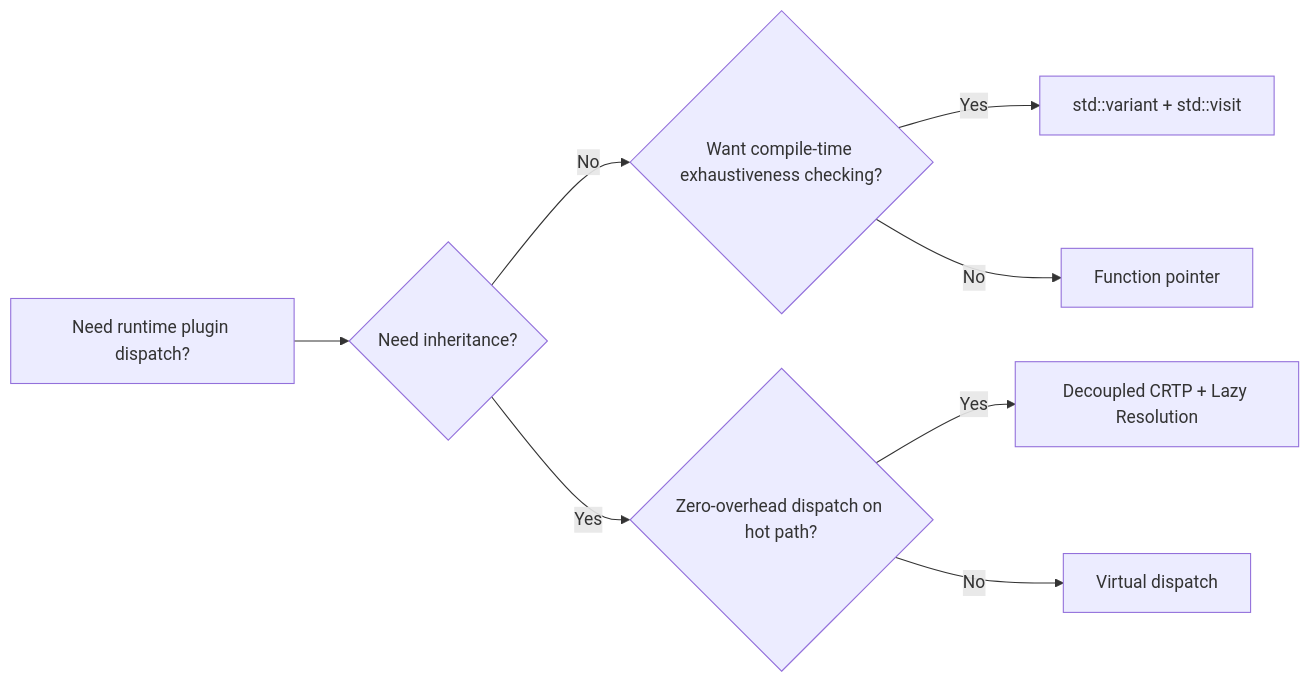
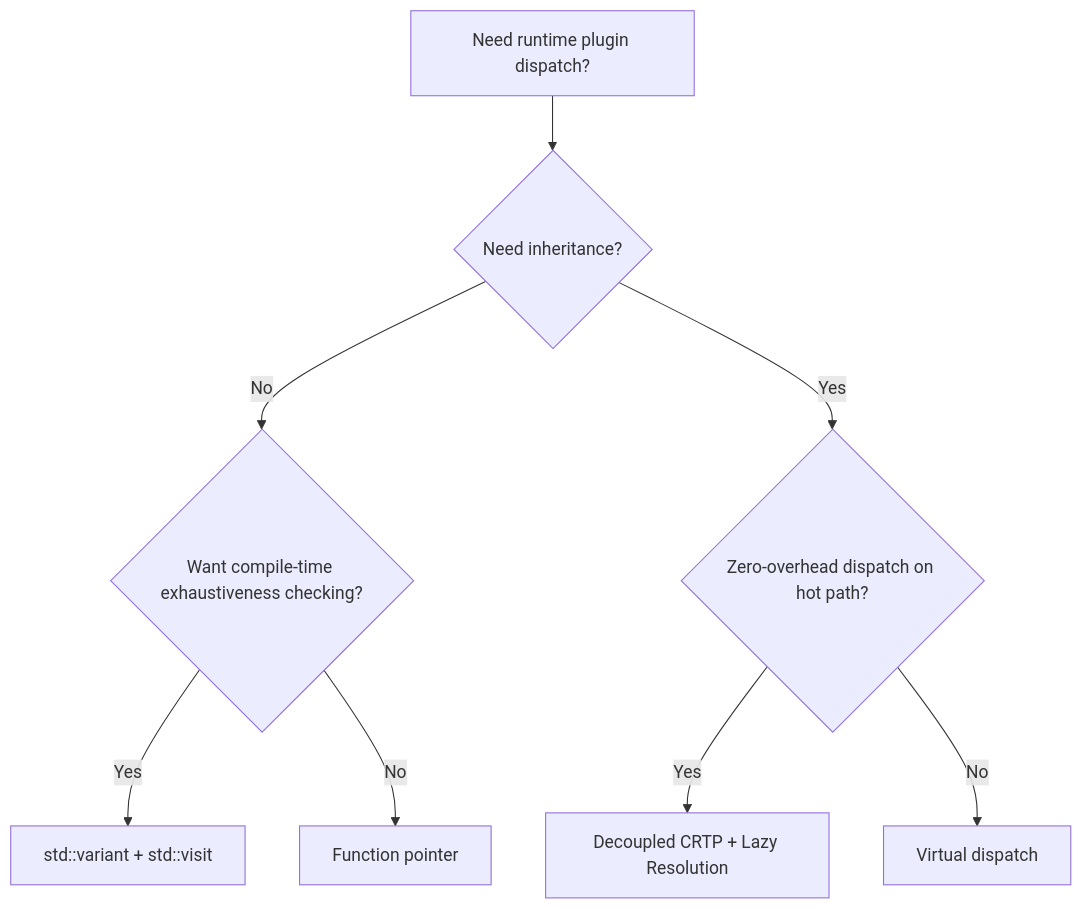
The diagram in _posts/2026-05-07-four-ways-to-dispatch-a-runtime-selected-strategy-in-cpp.md (Shubhankar-Gambhir/Shubhankar-Gambhir.github.io), drawn with Mermaid before and after one commit.

Commit message:
Switch decision flowchart to vertical (top-down) layout

````diff
--- a/_posts/2026-05-07-four-ways-to-dispatch-a-runtime-selected-strategy-in-cpp.md
+++ b/_posts/2026-05-07-four-ways-to-dispatch-a-runtime-selected-strategy-in-cpp.md
@@ -271,10 +271,10 @@
 ```mermaid
-flowchart LR
+flowchart TD
     A[Need runtime plugin dispatch?] --> B{Need inheritance?}
     B -- No --> C{Want compile-time exhaustiveness checking?}
     C -- Yes --> D["std::variant + std::visit"]
     C -- No --> E[Function pointer]
     B -- Yes --> F{Zero-overhead dispatch on hot path?}
     F -- Yes --> G[Decoupled CRTP + Lazy Resolution]
     F -- No --> H[Virtual dispatch]
 ```
````
